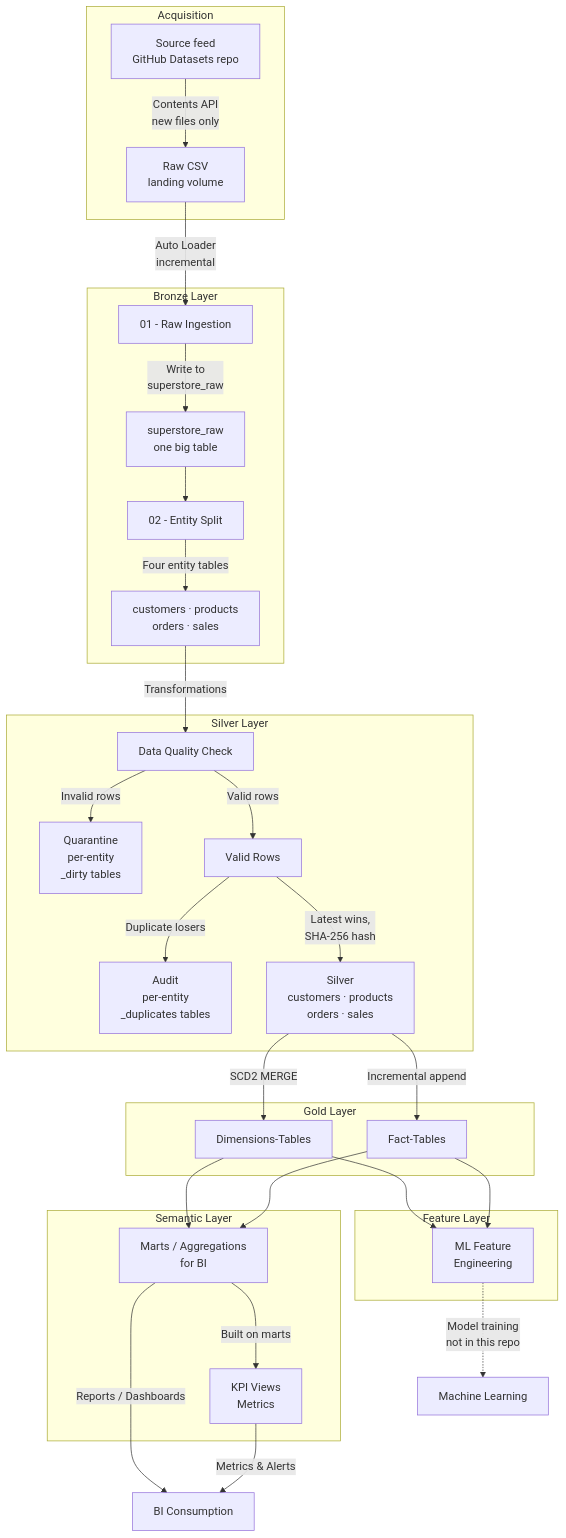
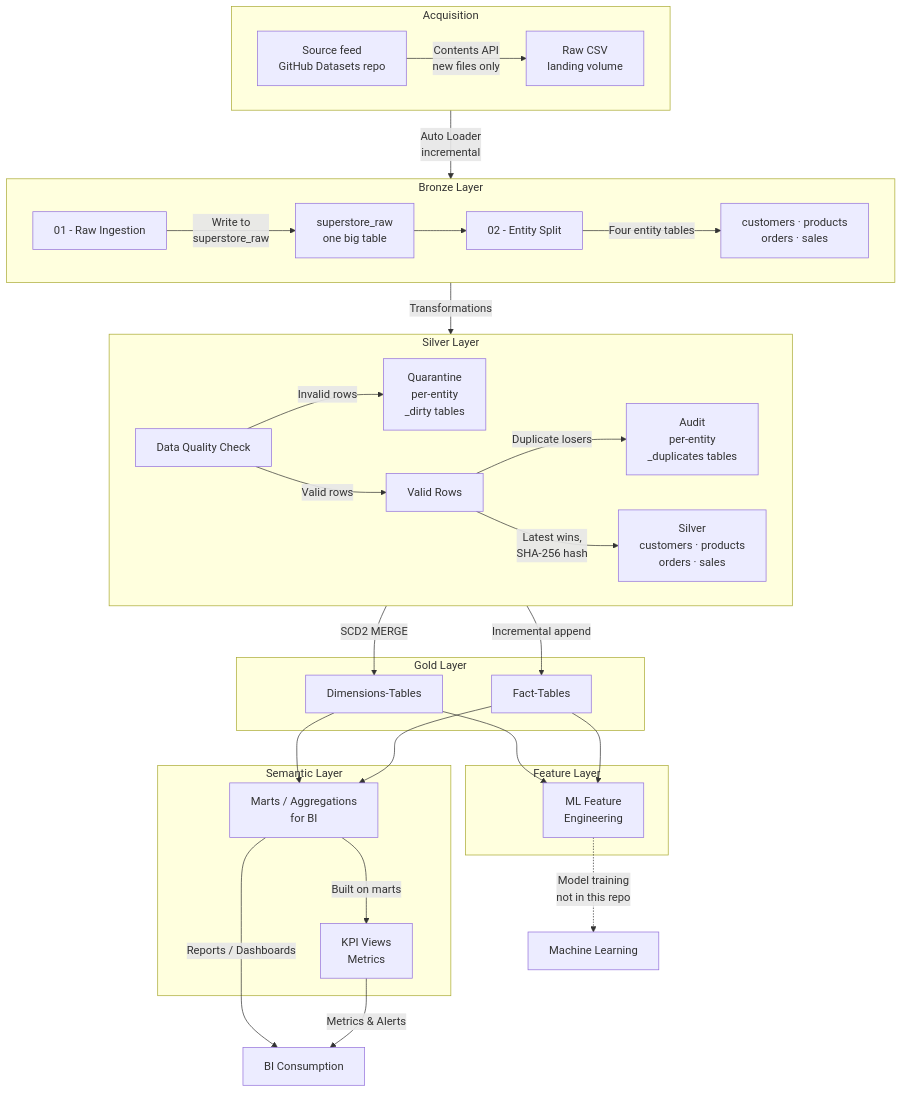
The diagram in README.md (111BM/databricks-lakehouse-platform), drawn with Mermaid before and after one commit.

Commit message:
Lay the acquisition, bronze and silver layers out horizontally
A fully horizontal flowchart does not fit: it renders 4435 by 519, so GitHub
scales it to about a fifth to fit the README column and the labels become
unreadable. Keeping the layer-to-layer flow vertical while setting the busy
subgraphs to run left to right uses the width that was going spare.

Goes from 803 by 2193 to 1298 by 1557, which is roughly half the on-screen
height once scaled to fit, and bronze now reads as a pipeline rather than a
column.

````diff
--- a/README.md
+++ b/README.md
@@ -15,57 +15,60 @@
 ```mermaid
 flowchart TD
     subgraph ACQ[Acquisition]
+        direction LR
         SRC[Source feed<br/>GitHub Datasets repo]
         VOL[Raw CSV<br/>landing volume]
         SRC -->|Contents API<br/>new files only| VOL
     end
 
     subgraph BRONZE[Bronze Layer]
+        direction LR
         ING[01 - Raw Ingestion]
         RAW["superstore_raw<br/>one big table"]
         SPLIT[02 - Entity Split]
         ENT["customers · products<br/>orders · sales"]
         ING -->|Write to<br/>superstore_raw| RAW
         RAW --> SPLIT
         SPLIT -->|Four entity tables| ENT
     end
 
     subgraph SILVER[Silver Layer]
+        direction LR
         DQ[Data Quality Check]
         QUAR["Quarantine<br/>per-entity<br/>_dirty tables"]
         GOOD[Valid Rows]
         AUD["Audit<br/>per-entity<br/>_duplicates tables"]
         SLV["Silver<br/>customers · products<br/>orders · sales"]
         DQ -->|Invalid rows| QUAR
         DQ -->|Valid rows| GOOD
         GOOD -->|Duplicate losers| AUD
         GOOD -->|Latest wins,<br/>SHA-256 hash| SLV
     end
 
     subgraph GOLD[Gold Layer]
         DIM["Dimensions-Tables"]
         FCT["Fact-Tables"]
     end
 
     subgraph SEM[Semantic Layer]
         MARTS["Marts / Aggregations<br/>for BI"]
         KPI["KPI Views<br/>Metrics"]
     end
 
     subgraph FEAT[Feature Layer]
         MLF["ML Feature<br/>Engineering"]
     end
 
     VOL -->|Auto Loader<br/>incremental| ING
     ENT -->|Transformations| DQ
     SLV -->|SCD2 MERGE| DIM
     SLV -->|Incremental append| FCT
     DIM --> MARTS
     FCT --> MARTS
     DIM --> MLF
     FCT --> MLF
     MARTS -->|Built on marts| KPI
     MARTS -->|Reports / Dashboards| BI[BI Consumption]
     KPI -->|Metrics & Alerts| BI
     MLF -.->|Model training<br/>not in this repo| MLC[Machine Learning]
 ```
````
